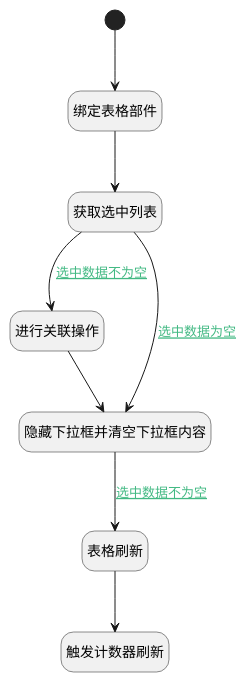
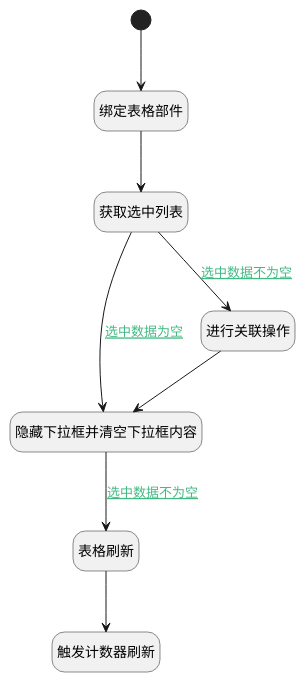
One commit to iBizLab/plm changed the diagram in doc/docsify/module/ProdMgmt/ticket/uilogic/idea_relation_ticket.md. Above: the diagram before and after it, drawn with PlantUML. The commit also changed other lines of this file and 1276 other files, not shown here.

````diff
--- a/doc/docsify/module/ProdMgmt/ticket/uilogic/idea_relation_ticket.md
+++ b/doc/docsify/module/ProdMgmt/ticket/uilogic/idea_relation_ticket.md
@@ -7,30 +7,30 @@
 ```plantuml
 @startuml
 hide footbox
 <style>
 root {
   HyperlinkColor #42b983
 }
 </style>
 
 hide empty description
 state "开始" as Begin <<start>> [[$./idea_relation_ticket#begin {开始}]]
+state "触发计数器刷新" as RAWJSCODE3  [[$./idea_relation_ticket#rawjscode3 {触发计数器刷新}]]
+state "表格刷新" as VIEWCTRLINVOKE1  [[$./idea_relation_ticket#viewctrlinvoke1 {表格刷新}]]
+state "隐藏下拉框并清空下拉框内容" as RAWJSCODE1  [[$./idea_relation_ticket#rawjscode1 {隐藏下拉框并清空下拉框内容}]]
 state "进行关联操作" as DEACTION1  [[$./idea_relation_ticket#deaction1 {进行关联操作}]]
 state "获取选中列表" as RAWJSCODE2  [[$./idea_relation_ticket#rawjscode2 {获取选中列表}]]
 state "绑定表格部件" as PREPAREJSPARAM1  [[$./idea_relation_ticket#preparejsparam1 {绑定表格部件}]]
-state "表格刷新" as VIEWCTRLINVOKE1  [[$./idea_relation_ticket#viewctrlinvoke1 {表格刷新}]]
-state "触发计数器刷新" as RAWJSCODE3  [[$./idea_relation_ticket#rawjscode3 {触发计数器刷新}]]
-state "隐藏下拉框并清空下拉框内容" as RAWJSCODE1  [[$./idea_relation_ticket#rawjscode1 {隐藏下拉框并清空下拉框内容}]]
 
 
 Begin --> PREPAREJSPARAM1
 PREPAREJSPARAM1 --> RAWJSCODE2
 RAWJSCODE2 --> DEACTION1 : [[$./idea_relation_ticket#rawjscode2-deaction1{选中数据不为空} 选中数据不为空]]
 DEACTION1 --> RAWJSCODE1
 RAWJSCODE1 --> VIEWCTRLINVOKE1 : [[$./idea_relation_ticket#rawjscode1-viewctrlinvoke1{选中数据不为空} 选中数据不为空]]
 VIEWCTRLINVOKE1 --> RAWJSCODE3
 RAWJSCODE2 --> RAWJSCODE1 : [[$./idea_relation_ticket#rawjscode2-rawjscode1{选中数据为空} 选中数据为空]]
 
 
 @enduml
 ```
````
